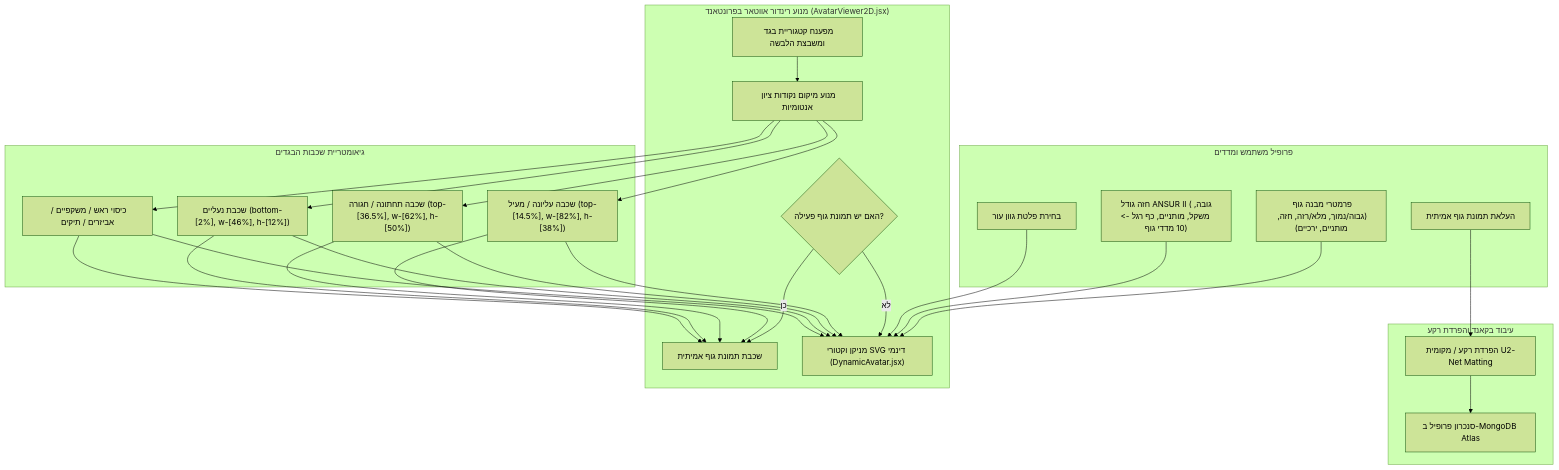
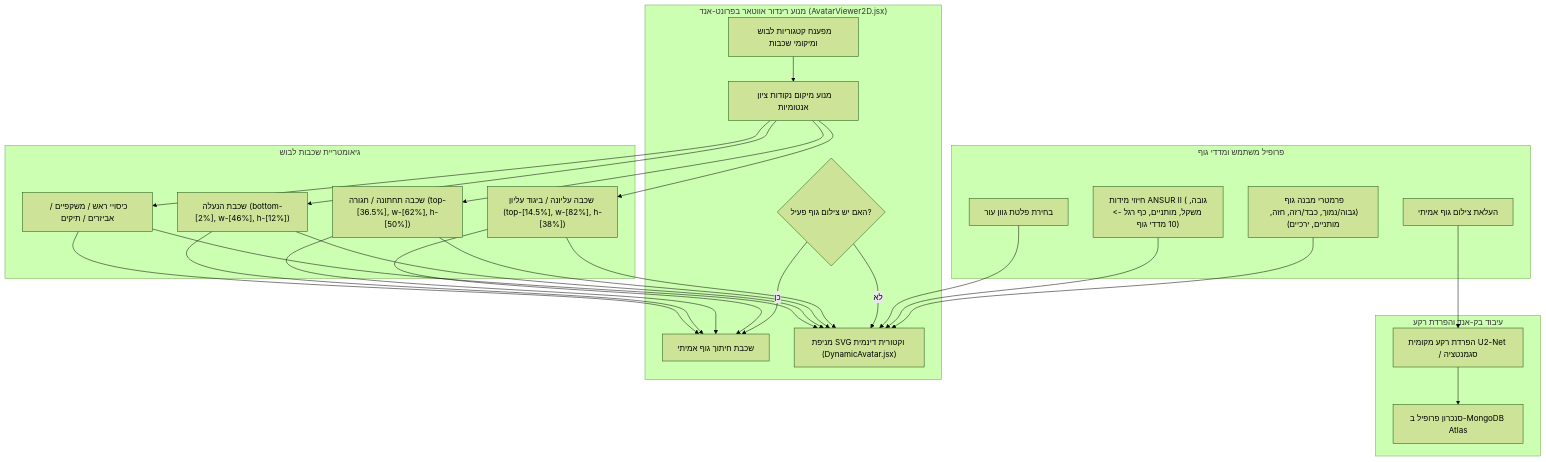
Before and after one commit to Yoram-Jacobs/DressAppV1: the diagram in wiki/he/Avatar.md, drawn with Mermaid (forest theme). The commit also changed other lines of this file and 11 other files, not shown here.

Commit message:
docs(i18n): translate Avatar.md architecture guide across all 12 supported languages

````diff
--- a/wiki/he/Avatar.md
+++ b/wiki/he/Avatar.md
@@ -17,41 +17,41 @@
 ```mermaid
 flowchart TD
-    subgraph UserProfile["פרופיל משתמש ומדדים"]
-        U_Photo["העלאת תמונת גוף אמיתית"]
+    subgraph UserProfile["פרופיל משתמש ומדדי גוף"]
+        U_Photo["העלאת צילום גוף אמיתי"]
         U_Tone["בחירת פלטת גוון עור"]
-        U_Params["פרמטרי מבנה גוף (גבוה/נמוך, מלא/רזה, חזה, מותניים, ירכיים)"]
-        U_Sizing["חזה גודל ANSUR II (גובה, משקל, מותניים, כף רגל -> 10 מדדי גוף)"]
+        U_Params["פרמטרי מבנה גוף (גבוה/נמוך, כבד/רזה, חזה, מותניים, ירכיים)"]
+        U_Sizing["חיזוי מידות ANSUR II (גובה, משקל, מותניים, כף רגל -> 10 מדדי גוף)"]
     end
 
-    subgraph BackendIngest["עיבוד בקאנד והפרדת רקע"]
-        Rembg["הפרדת רקע / מקומית U2-Net Matting"]
+    subgraph BackendIngest["עיבוד בק-אנד והפרדת רקע"]
+        Rembg["הפרדת רקע מקומית U2-Net / סגמנטציה"]
         Mongo["סנכרון פרופיל ב-MongoDB Atlas"]
     end
 
-    subgraph AvatarEngine["מנוע רינדור אווטאר בפרונטאנד (AvatarViewer2D.jsx)"]
-        ModeCheck{"האם יש תמונת גוף פעילה?"}
-        PhotoView["שכבת תמונת גוף אמיתית"]
-        MannequinView["מניקן וקטורי SVG דינמי (DynamicAvatar.jsx)"]
+    subgraph AvatarEngine["מנוע רינדור אווטאר בפרונט-אנד (AvatarViewer2D.jsx)"]
+        ModeCheck{"האם יש צילום גוף פעיל?"}
+        PhotoView["שכבת חיתוך גוף אמיתי"]
+        MannequinView["מניפת SVG וקטורית דינמית (DynamicAvatar.jsx)"]
         
-        GarmentResolver["מפענח קטגוריית בגד ומשבצת הלבשה"]
+        GarmentResolver["מפענח קטגוריות לבוש ומיקומי שכבות"]
         LandmarkCalc["מנוע מיקום נקודות ציון אנטומיות"]
     end
 
-    subgraph OverlayGeometry["גיאומטריית שכבות הבגדים"]
-        TopLayer["שכבה עליונה / מעיל (top-[14.5%], w-[82%], h-[38%])"]
+    subgraph OverlayGeometry["גיאומטריית שכבות לבוש"]
+        TopLayer["שכבה עליונה / ביגוד עליון (top-[14.5%], w-[82%], h-[38%])"]
         BottomLayer["שכבה תחתונה / חגורה (top-[36.5%], w-[62%], h-[50%])"]
-        ShoesLayer["שכבת נעליים (bottom-[2%], w-[46%], h-[12%])"]
-        AccessoryLayers["כיסוי ראש / משקפיים / אביזרים / תיקים"]
+        ShoesLayer["שכבת הנעלה (bottom-[2%], w-[46%], h-[12%])"]
+        AccessoryLayers["כיסויי ראש / משקפיים / אביזרים / תיקים"]
     end
 
     U_Photo --> Rembg --> Mongo
     U_Params & U_Sizing --> MannequinView
     U_Tone --> MannequinView
     
     ModeCheck -- כן --> PhotoView
     ModeCheck -- לא --> MannequinView
 
     GarmentResolver --> LandmarkCalc
     LandmarkCalc --> TopLayer & BottomLayer & ShoesLayer & AccessoryLayers
     TopLayer & BottomLayer & ShoesLayer & AccessoryLayers --> PhotoView & MannequinView
 ```
````
